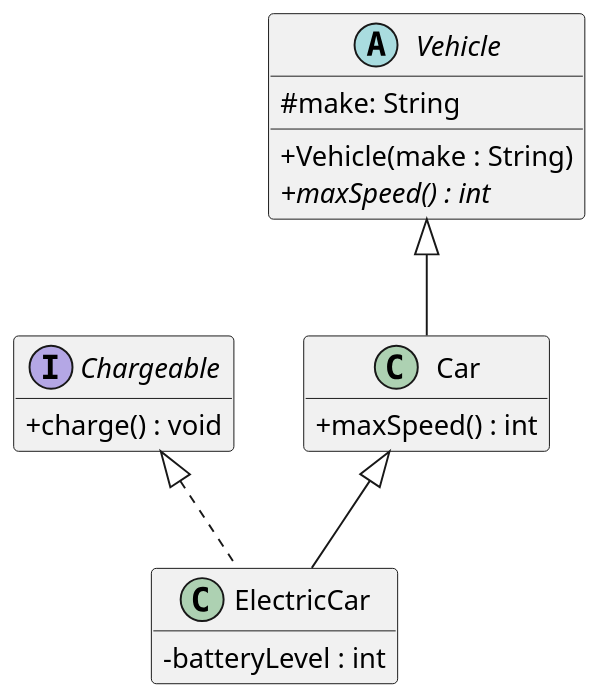
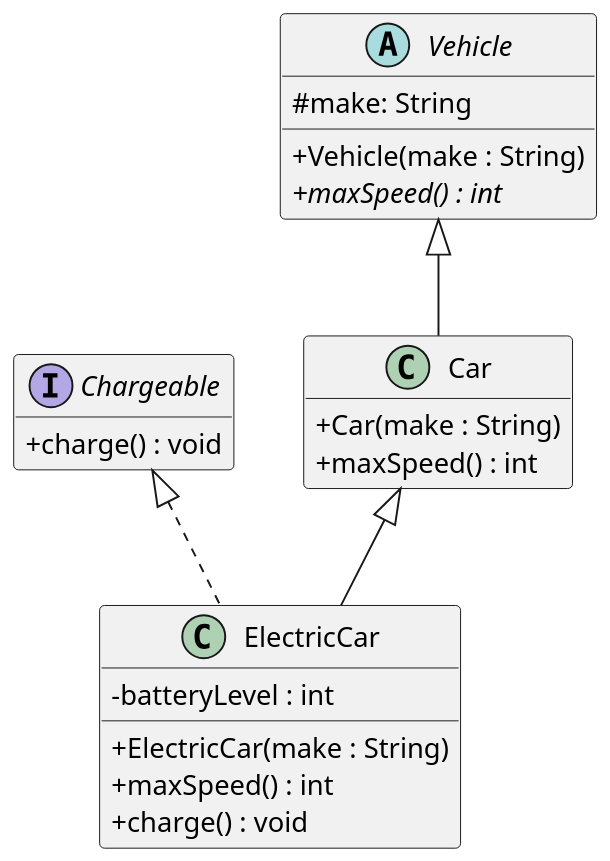
One commit to leiz123321/207-course-notes changed the diagram in plantuml/exercises/vehicles-uml-starter.puml. Above: the diagram before and after it, drawn with PlantUML.

Commit message:
UML exercise change

```diff
--- a/plantuml/exercises/vehicles-uml-starter.puml
+++ b/plantuml/exercises/vehicles-uml-starter.puml
@@ -1,43 +1,47 @@
 @startuml
 skinparam dpi 150
 skinparam classAttributeIconSize 0
 hide empty members
 
 ' Your task (Chapter 3, Question 2): draw the UML class diagram for the
 ' Vehicle / Car / ElectricCar / Chargeable code.
 '
 ' Define each type as a box, then connect them with the right arrows. One box
 ' (Chargeable) is filled in as an example — complete the other three and add the
 ' relationships.
 '
 ' PlantUML cheat-sheet:
 '   interface Name { + method() : Type }
 '   abstract class Name { # field : Type }
 '   class Name { - field : Type }
 '   Parent    <|-- Child    ' generalization: Child extends Parent
 '   Interface <|.. Class    ' realization:    Class implements Interface
 ' (Putting the parent/interface on the LEFT of the arrow keeps it on top.)
 
 interface Chargeable {
   + charge() : void
 }
 
 abstract class Vehicle {
   # make: String
   + Vehicle(make : String)
   + maxSpeed() : int{abstract}
 }
 
 class Car {
-+ maxSpeed() : int
+  + Car(make : String)
+  + maxSpeed() : int
 }
 
 class ElectricCar {
   - batteryLevel : int
+  + ElectricCar(make : String)
+  + maxSpeed() : int
+  + charge() : void
 }
 
 Chargeable <|.. ElectricCar
 Car <|-- ElectricCar
 Vehicle <|-- Car
 
 @enduml
```
